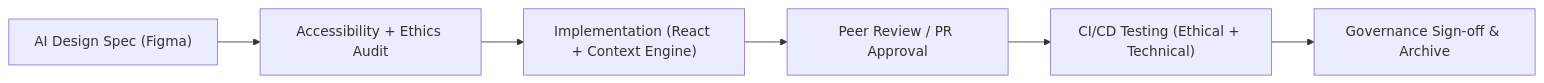
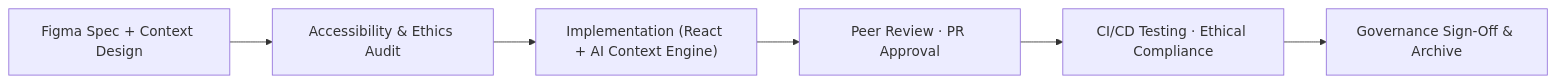
One commit to bartytime4life/Kansas-Frontier-Matrix changed the fourth of 4 diagrams in docs/design/reviews/ui_components/ai_assistant.md. Above: the diagram before and after it, drawn with Mermaid. The commit also changed other lines of this file, not shown here.

First line of the commit message:
Revise AI Assistant Component design review

````diff
--- a/docs/design/reviews/ui_components/ai_assistant.md
+++ b/docs/design/reviews/ui_components/ai_assistant.md
@@ -268,8 +310,8 @@
 ```mermaid
 flowchart LR
-  D["AI Design Spec (Figma)"] --> A["Accessibility + Ethics Audit"]
-  A --> E["Implementation (React + Context Engine)"]
-  E --> P["Peer Review / PR Approval"]
-  P --> C["CI/CD Testing (Ethical + Technical)"]
-  C --> G["Governance Sign-off & Archive"]
+  D["Figma Spec + Context Design"] --> A["Accessibility & Ethics Audit"]
+  A --> I["Implementation (React + AI Context Engine)"]
+  I --> P["Peer Review · PR Approval"]
+  P --> C["CI/CD Testing · Ethical Compliance"]
+  C --> G["Governance Sign-Off & Archive"]
 ```
````
